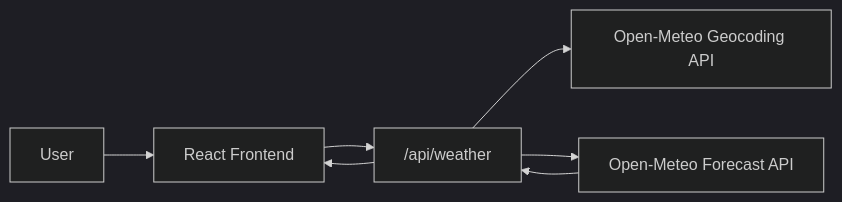
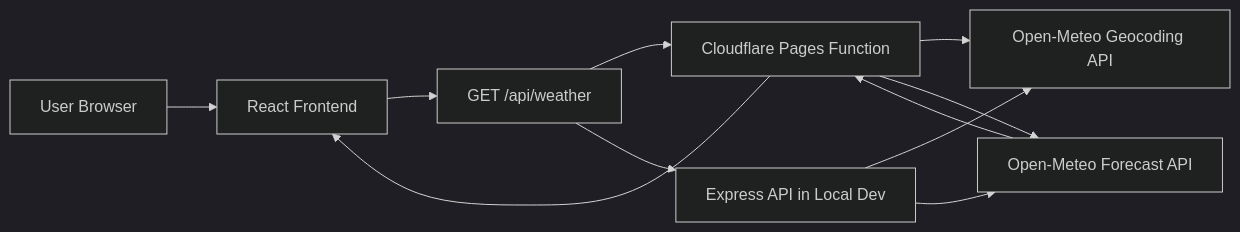
The first of 4 diagrams in README.md (prawinkumar2k/weather-intelligence), drawn with Mermaid (dark theme) before and after one commit. The commit also changed other lines of this file, not shown here.

````diff
--- a/README.md
+++ b/README.md
@@ -30,9 +52,13 @@
 ```mermaid
 flowchart LR
-  U["User"] --> FE["React Frontend"]
-  FE --> API["/api/weather"]
-  API --> GEO["Open-Meteo Geocoding API"]
-  API --> FC["Open-Meteo Forecast API"]
-  FC --> API
-  API --> FE
+  A[User Browser] --> B[React Frontend]
+  B --> C[GET /api/weather]
+  C --> D[Cloudflare Pages Function]
+  C --> E[Express API in Local Dev]
+  D --> F[Open-Meteo Geocoding API]
+  D --> G[Open-Meteo Forecast API]
+  E --> F
+  E --> G
+  G --> D
+  D --> B
 ```
````
